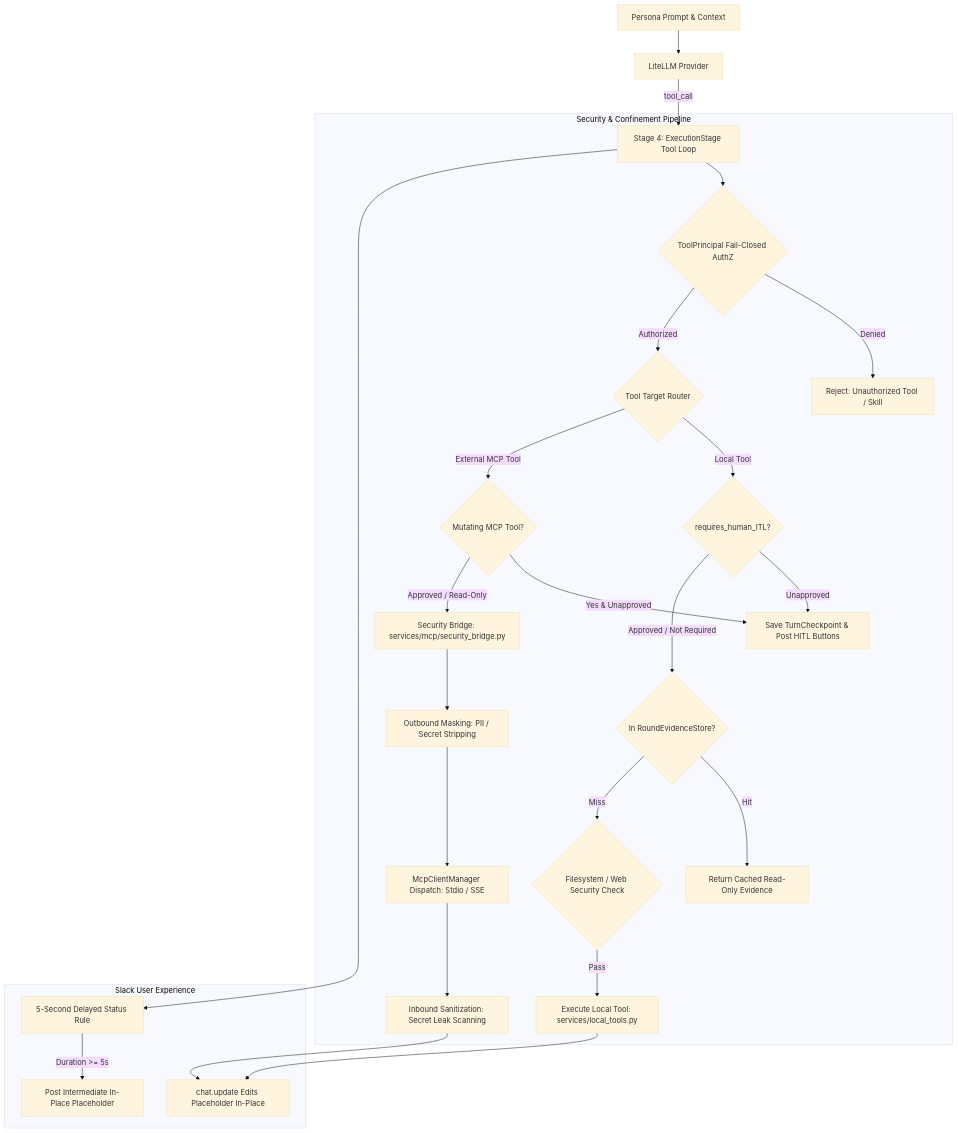
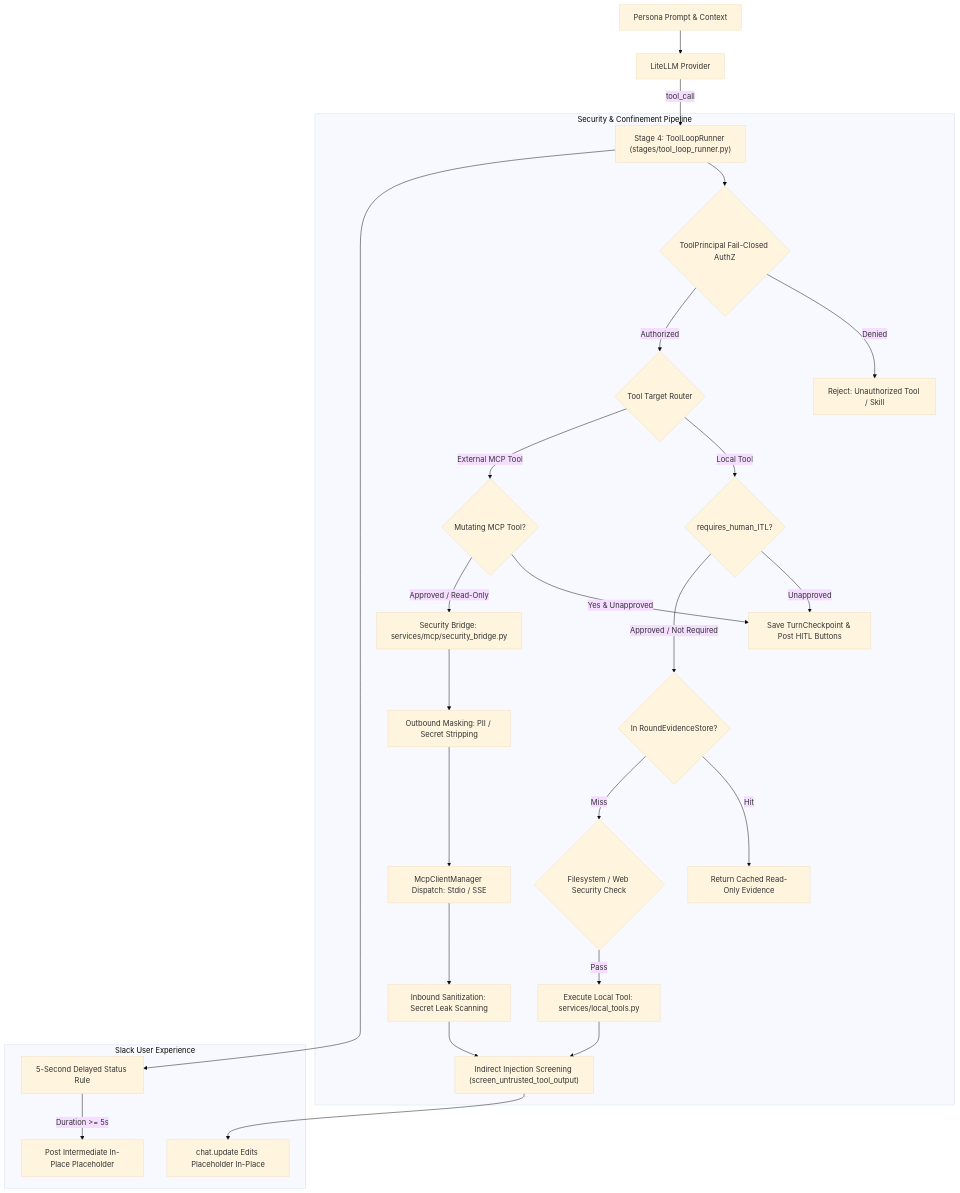
The diagram in docs/agents-and-skills/mcp-and-tools.md (BranMik/Izvor), drawn with Mermaid (base theme) before and after one commit. The commit also changed other lines of this file and 26 other files, not shown here.

First line of the commit message:
docs(architecture): synchronize docs, diagrams, env template, and hygiene tests with P2 refactor

````diff
--- a/docs/agents-and-skills/mcp-and-tools.md
+++ b/docs/agents-and-skills/mcp-and-tools.md
@@ -16,32 +16,33 @@
 ```mermaid
 graph TD
     Persona[Persona Prompt & Context] --> LLM[LiteLLM Provider]
-    LLM -->|tool_call| Dispatcher["Stage 4: ExecutionStage Tool Loop"]
+    LLM -->|tool_call| Dispatcher["Stage 4: ToolLoopRunner (stages/tool_loop_runner.py)"]
     
     subgraph Security & Confinement Pipeline
         Dispatcher --> PrincipalCheck{"ToolPrincipal Fail-Closed AuthZ"}
         PrincipalCheck -->|Denied| AuthErr["Reject: Unauthorized Tool / Skill"]
         PrincipalCheck -->|Authorized| ToolRouter{"Tool Target Router"}
         
         ToolRouter -->|Local Tool| HITLLocal{"requires_human_ITL?"}
         HITLLocal -->|Unapproved| SaveCP["Save TurnCheckpoint & Post HITL Buttons"]
         HITLLocal -->|Approved / Not Required| CacheCheck{"In RoundEvidenceStore?"}
         CacheCheck -->|Hit| ReturnCached["Return Cached Read-Only Evidence"]
         CacheCheck -->|Miss| SandboxCheck{"Filesystem / Web Security Check"}
         SandboxCheck -->|Pass| LocalExec["Execute Local Tool: services/local_tools.py"]
 
         ToolRouter -->|External MCP Tool| HITLMCP{"Mutating MCP Tool?"}
         HITLMCP -->|Yes & Unapproved| SaveCP
         HITLMCP -->|Approved / Read-Only| SecBridge["Security Bridge: services/mcp/security_bridge.py"]
         SecBridge --> OutboundSanitize["Outbound Masking: PII / Secret Stripping"]
         OutboundSanitize --> MCPClientMgr["McpClientManager Dispatch: Stdio / SSE"]
         MCPClientMgr --> InboundSanitize["Inbound Sanitization: Secret Leak Scanning"]
+        LocalExec --> IndirectScreen["Indirect Injection Screening (screen_untrusted_tool_output)"]
+        InboundSanitize --> IndirectScreen
     end
     
     subgraph Slack User Experience
-        Dispatcher --> Timer[5-Second Delayed Status Rule]
-        Timer -->|Duration >= 5s| SlackStatus[Post Intermediate In-Place Placeholder]
-        LocalExec --> Finalize[chat.update Edits Placeholder In-Place]
-        InboundSanitize --> Finalize
+        Dispatcher --> Timer["5-Second Delayed Status Rule"]
+        Timer -->|Duration >= 5s| SlackStatus["Post Intermediate In-Place Placeholder"]
+        IndirectScreen --> Finalize["chat.update Edits Placeholder In-Place"]
     end
 ```
````
